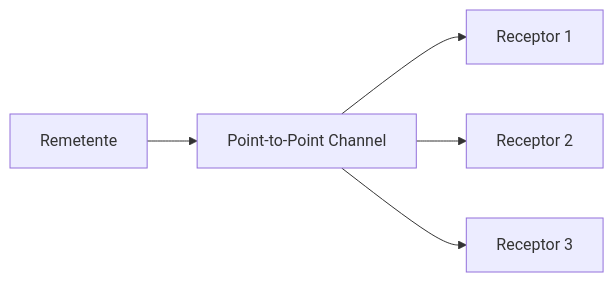
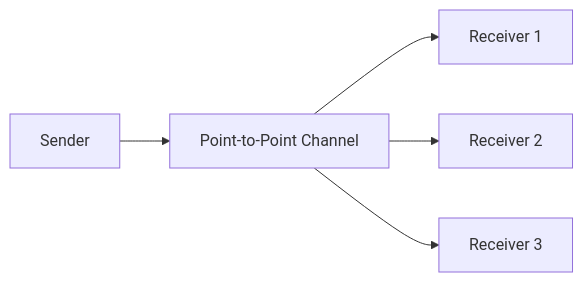
One commit to alancesar/design-patterns changed the diagram in docs/architecture/eip/messaging-channels/point-to-point-channel.md. Above: the diagram before and after it, drawn with Mermaid. The commit also changed 258 other files, not shown here.

First line of the commit message:
Translate Mermaid diagrams to English

````diff
--- a/docs/architecture/eip/messaging-channels/point-to-point-channel.md
+++ b/docs/architecture/eip/messaging-channels/point-to-point-channel.md
@@ -53,7 +53,7 @@
 ```mermaid
 flowchart LR
-    S["Remetente"] --> C["Point-to-Point Channel"]
-    C --> R1["Receptor 1"]
-    C --> R2["Receptor 2"]
-    C --> R3["Receptor 3"]
+    S["Sender"] --> C["Point-to-Point Channel"]
+    C --> R1["Receiver 1"]
+    C --> R2["Receiver 2"]
+    C --> R3["Receiver 3"]
 ```
````
